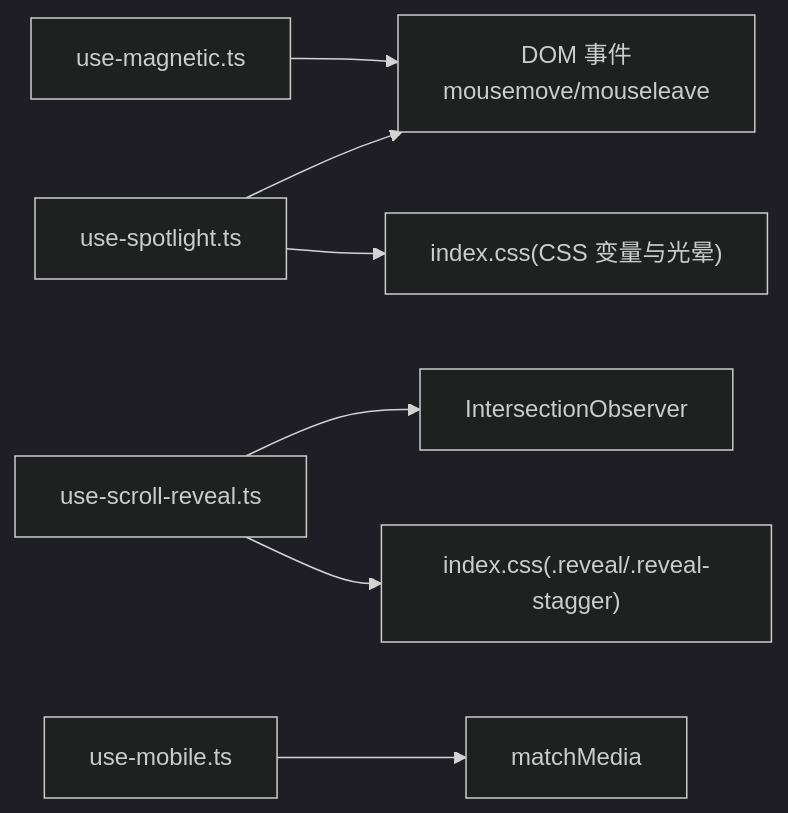
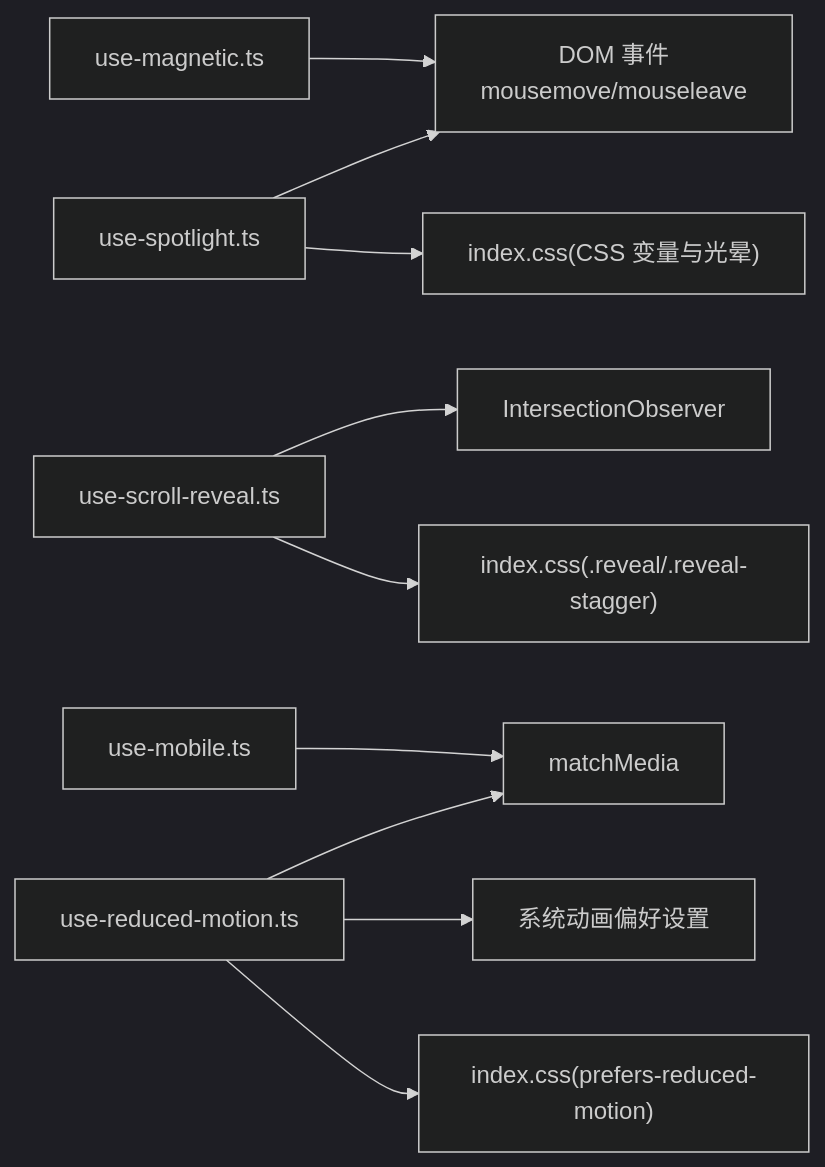
The eighth of 8 diagrams in .qoder/repowiki/zh/content/自定义Hooks/自定义Hooks.md (Primoguo/naolizhi.cn), drawn with Mermaid (dark theme) before and after one commit. The commit also changed other lines of this file and 73 other files, not shown here.

````diff
--- a/.qoder/repowiki/zh/content/自定义Hooks/自定义Hooks.md
+++ b/.qoder/repowiki/zh/content/自定义Hooks/自定义Hooks.md
@@ -285,9 +341,12 @@
 ```mermaid
 graph LR
 MR["use-magnetic.ts"] --> EVT["DOM 事件<br/>mousemove/mouseleave"]
 SP["use-spotlight.ts"] --> EVT
 SR["use-scroll-reveal.ts"] --> IO["IntersectionObserver"]
 MB["use-mobile.ts"] --> MM["matchMedia"]
+RM["use-reduced-motion.ts"] --> MM
+RM --> SYS["系统动画偏好设置"]
 SR --> CSS["index.css(.reveal/.reveal-stagger)"]
 SP --> CSSV["index.css(CSS 变量与光晕)"]
+RM --> CSSRED["index.css(prefers-reduced-motion)"]
 ```
````
